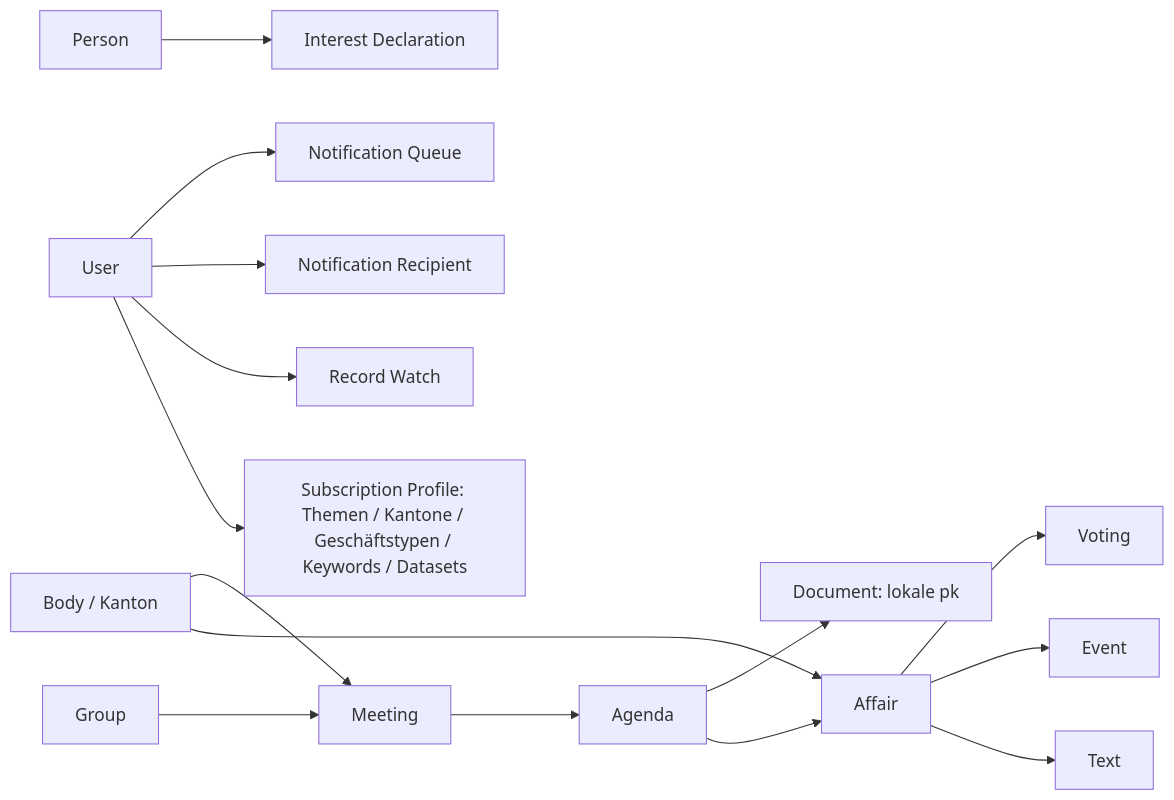
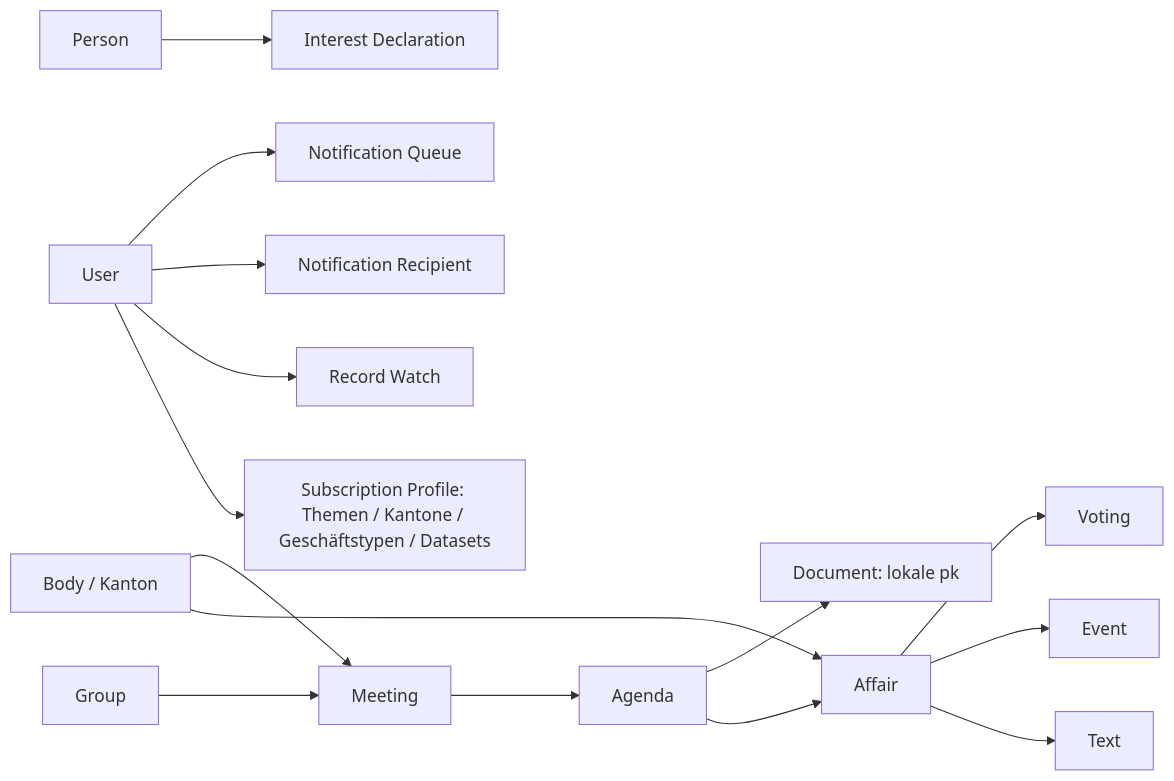
The diagram in docs/03-architecture/data-model.md (FatihHayyar/wwf-polit-assistant), drawn with Mermaid before and after one commit. The commit also changed other lines of this file and 38 other files, not shown here.

````diff
--- a/docs/03-architecture/data-model.md
+++ b/docs/03-architecture/data-model.md
@@ -5,17 +5,17 @@
 ```mermaid
 flowchart LR
     body[Body / Kanton] --> affair[Affair]
     body --> meeting[Meeting]
     group[Group] --> meeting
     meeting --> agenda[Agenda]
     agenda --> affair
     agenda --> document[Document: lokale pk]
     affair --> text[Text]
     affair --> event[Event]
     affair --> vote[Voting]
     person[Person] --> interest[Interest Declaration]
-    user[User] --> profile[Subscription Profile: Themen / Kantone / Geschäftstypen / Keywords / Datasets]
+    user[User] --> profile[Subscription Profile: Themen / Kantone / Geschäftstypen / Datasets]
     user --> watch[Record Watch]
     user --> recipient[Notification Recipient]
     user --> notification[Notification Queue]
 ```
````
